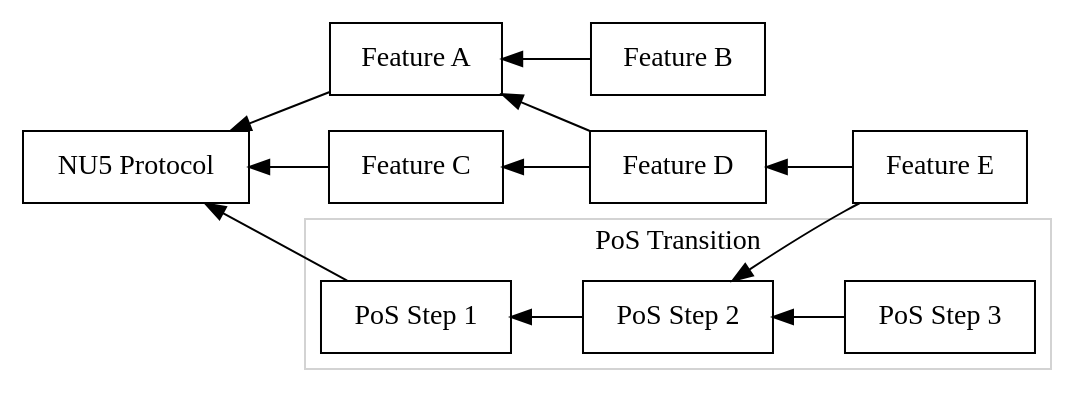
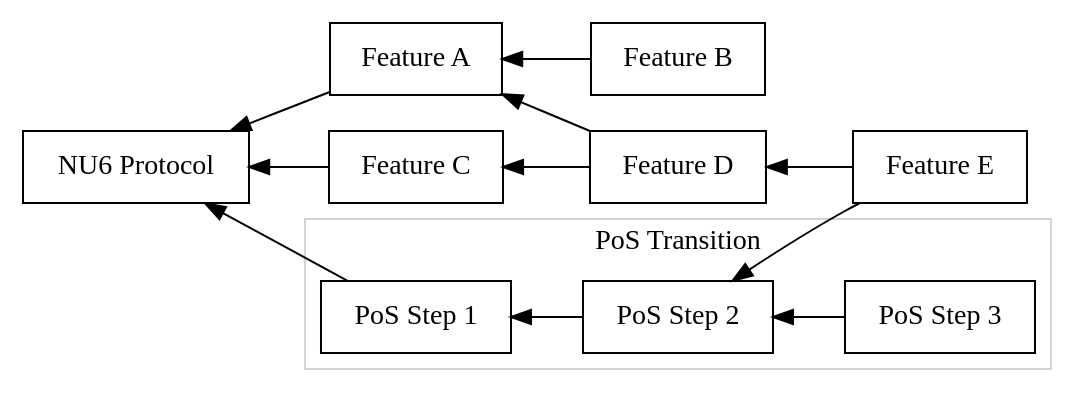
One commit to Electric-Coin-Company/tfl-book changed the diagram in src/diagrams/zcash-tech-tree-generic.dot. Above: the diagram before and after it, drawn with Graphviz. The commit also changed 6 other files, not shown here.

```diff
--- a/src/diagrams/zcash-tech-tree-generic.dot
+++ b/src/diagrams/zcash-tech-tree-generic.dot
@@ -1,38 +1,38 @@
 digraph ZcashTechTreeGeneric {
     rankdir = RL
     color = "lightgrey"
 
     node [ shape=box ]
 
-    nu5 [ label = "NU5 Protocol" ]
+    nu6 [ label = "NU6 Protocol" ]
 
     a [ label = "Feature A"]
-    a -> nu5
+    a -> nu6
 
     b [ label = "Feature B"]
     b -> a
 
     c [ label = "Feature C"]
-    c -> nu5
+    c -> nu6
 
     d [ label = "Feature D"]
     d -> c
     d -> a
 
     e [ label = "Feature E"]
     e -> pos2
     e -> d
 
     pos1 [ label = "PoS Step 1"]
-    pos1 -> nu5
+    pos1 -> nu6
 
     subgraph cluster_pos {
         label = "PoS Transition"
 
         pos2 [ label = "PoS Step 2"]
         pos2 -> pos1
 
         pos3 [ label = "PoS Step 3"]
         pos3 -> pos2
     }
 }
```
